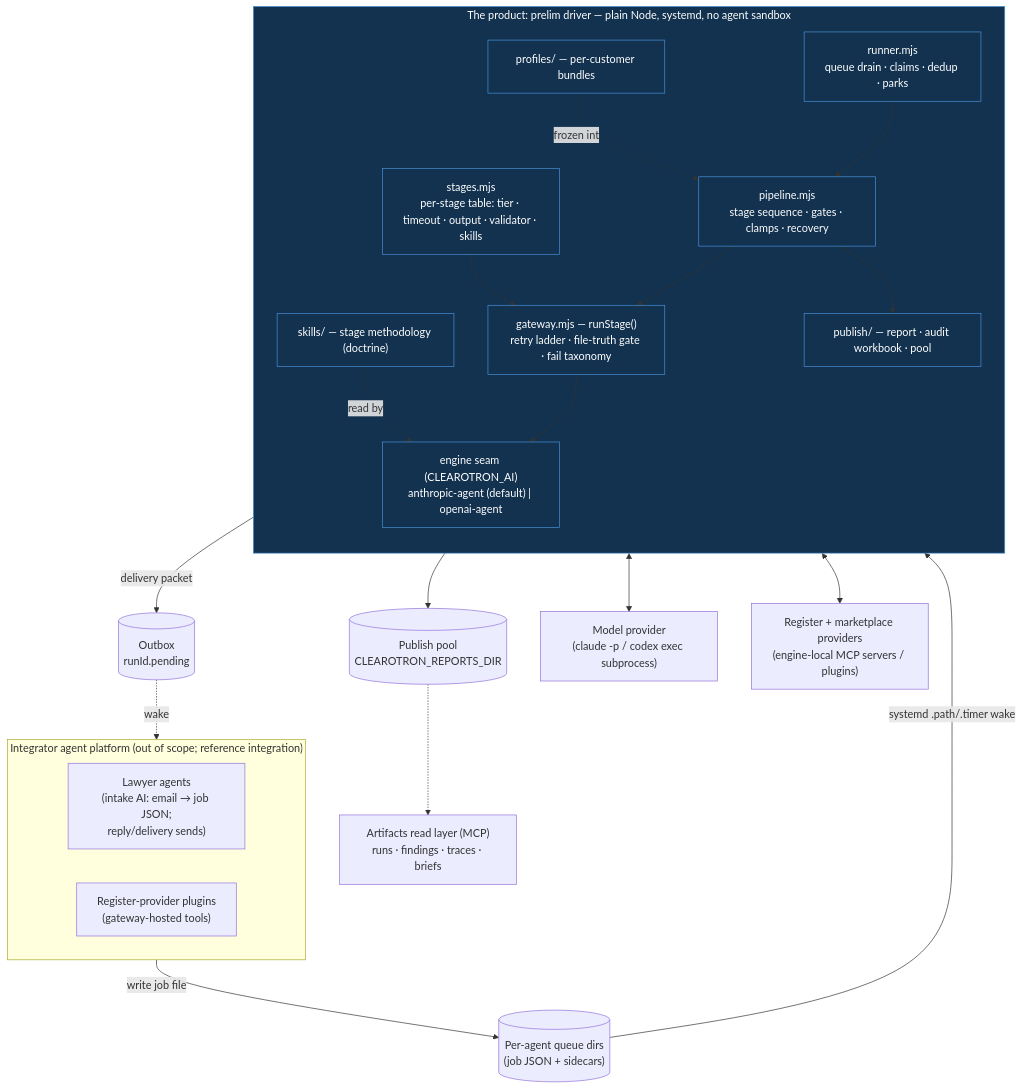
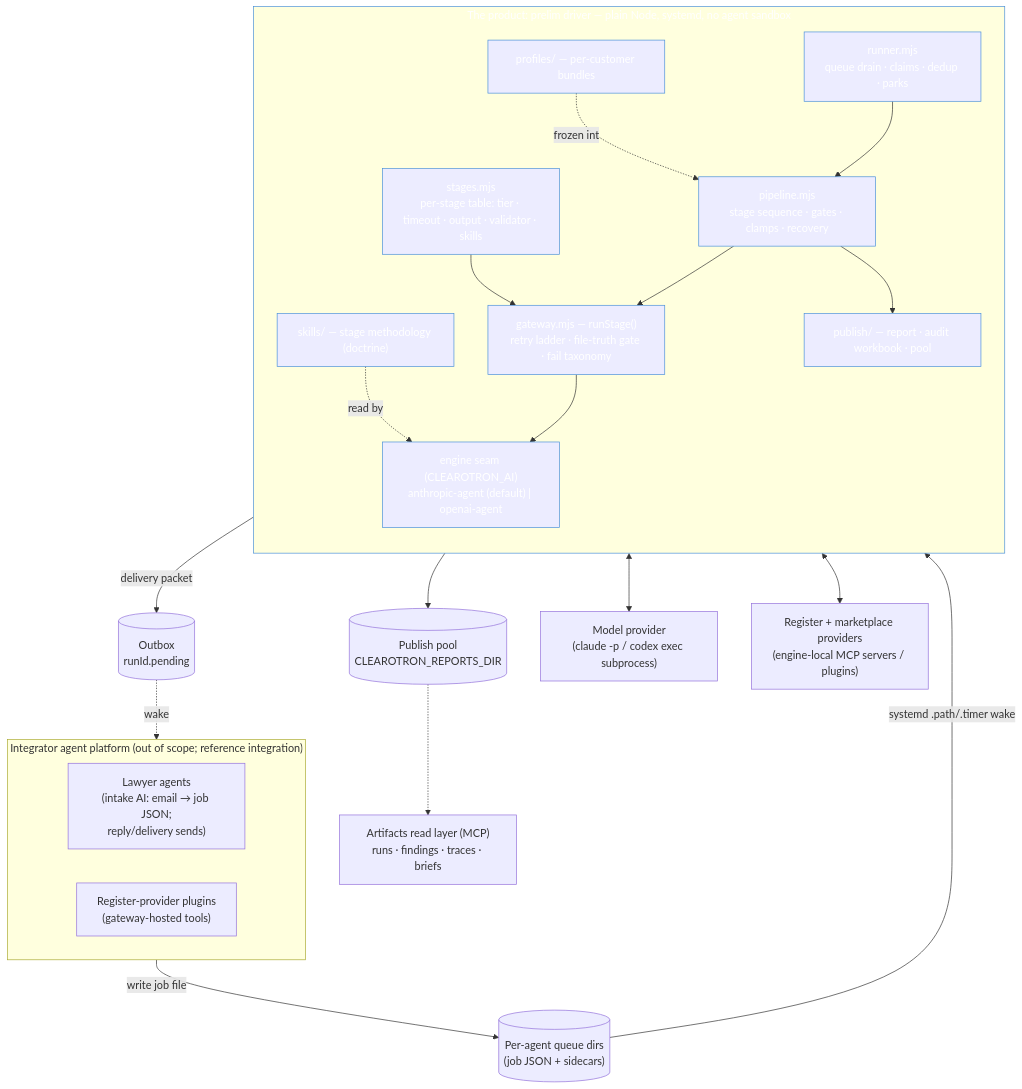
The first of 2 diagrams in docs/architecture/02-architecture.md (CordilleraSarl/clearotron), drawn with Mermaid before and after one commit. The commit also changed 69 other files, not shown here.

````diff
--- a/docs/architecture/02-architecture.md
+++ b/docs/architecture/02-architecture.md
@@ -43,44 +43,44 @@
 ```mermaid
 flowchart TB
     subgraph GW["Integrator agent platform (out of scope; reference integration)"]
         direction LR
         AG["Lawyer agents<br/>(intake AI: email → job JSON;<br/>reply/delivery sends)"]
         PL["Register-provider plugins<br/>(gateway-hosted tools)"]
     end
 
     subgraph DRV["The product: prelim driver — plain Node, systemd, no agent sandbox"]
         direction TB
         RUN["runner.mjs<br/>queue drain · claims · dedup · parks"]
         PIPE["pipeline.mjs<br/>stage sequence · gates · clamps · recovery"]
         STG["stages.mjs<br/>per-stage table: tier · timeout · output · validator · skills"]
         GWM["gateway.mjs — runStage()<br/>retry ladder · file-truth gate · fail taxonomy"]
         ENG["engine seam (CLEAROTRON_AI)<br/>anthropic-agent (default) | openai-agent"]
         SKL["skills/ — stage methodology (doctrine)"]
         PROF["profiles/ — per-customer bundles"]
         PUB["publish/ — report · audit workbook · pool"]
         RUN --> PIPE --> GWM --> ENG
         STG --> GWM
         SKL -.read by.-> ENG
         PROF -.frozen into.-> PIPE
         PIPE --> PUB
     end
 
     Q[("Per-agent queue dirs<br/>(job JSON + sidecars)")]
     POOL[("Publish pool<br/>CLEAROTRON_REPORTS_DIR")]
     OB[("Outbox<br/>runId.pending")]
     MODEL["Model provider<br/>(claude -p / codex exec subprocess)"]
     REG["Register + marketplace providers<br/>(engine-local MCP servers / plugins)"]
     MCPQ["Artifacts read layer (MCP)<br/>runs · findings · traces · briefs"]
 
     AG -- "write job file" --> Q
     Q -- "systemd .path/.timer wake" --> RUN
     ENG <--> MODEL
     ENG <--> REG
     PUB --> POOL
     PIPE -- "delivery packet" --> OB
     OB -. "wake" .-> AG
     POOL -.-> MCPQ
 
-    classDef product fill:#12324f,stroke:#4a90d9,color:#fff
+    classDef product fill:tracker issue 12324f,stroke:#4a90d9,color:#fff
     class DRV,RUN,PIPE,STG,GWM,ENG,SKL,PROF,PUB product
 ```
````
